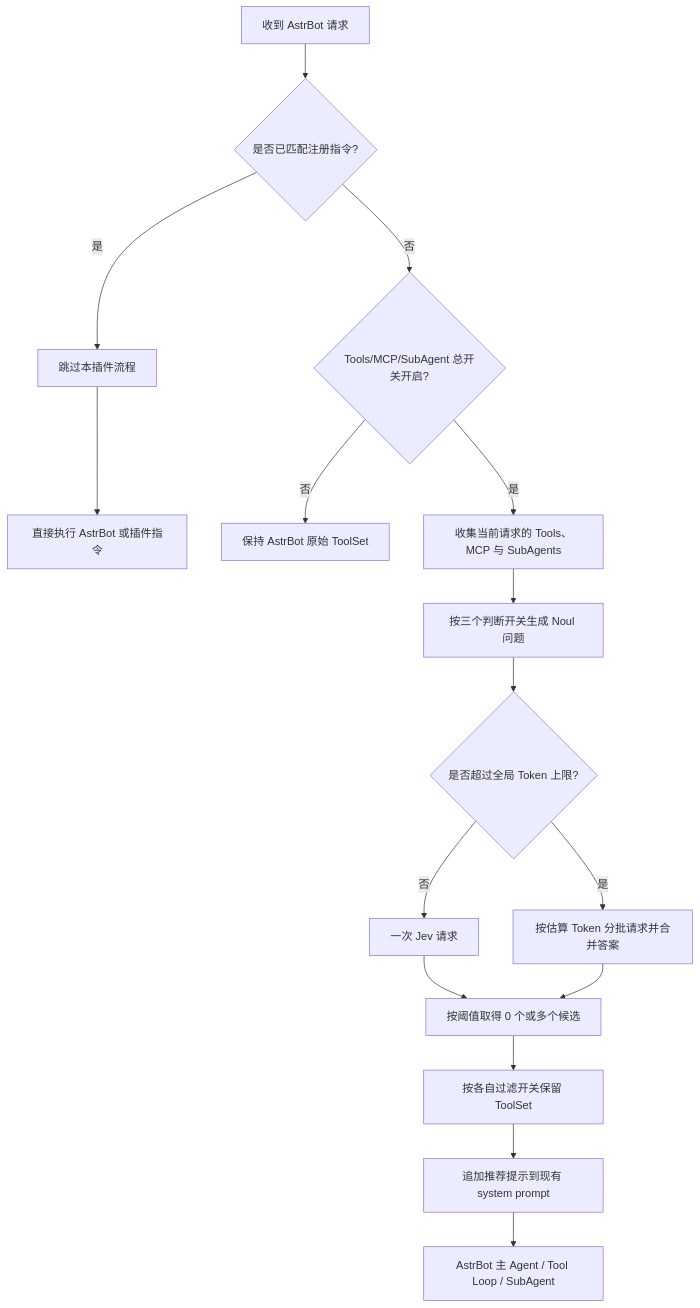
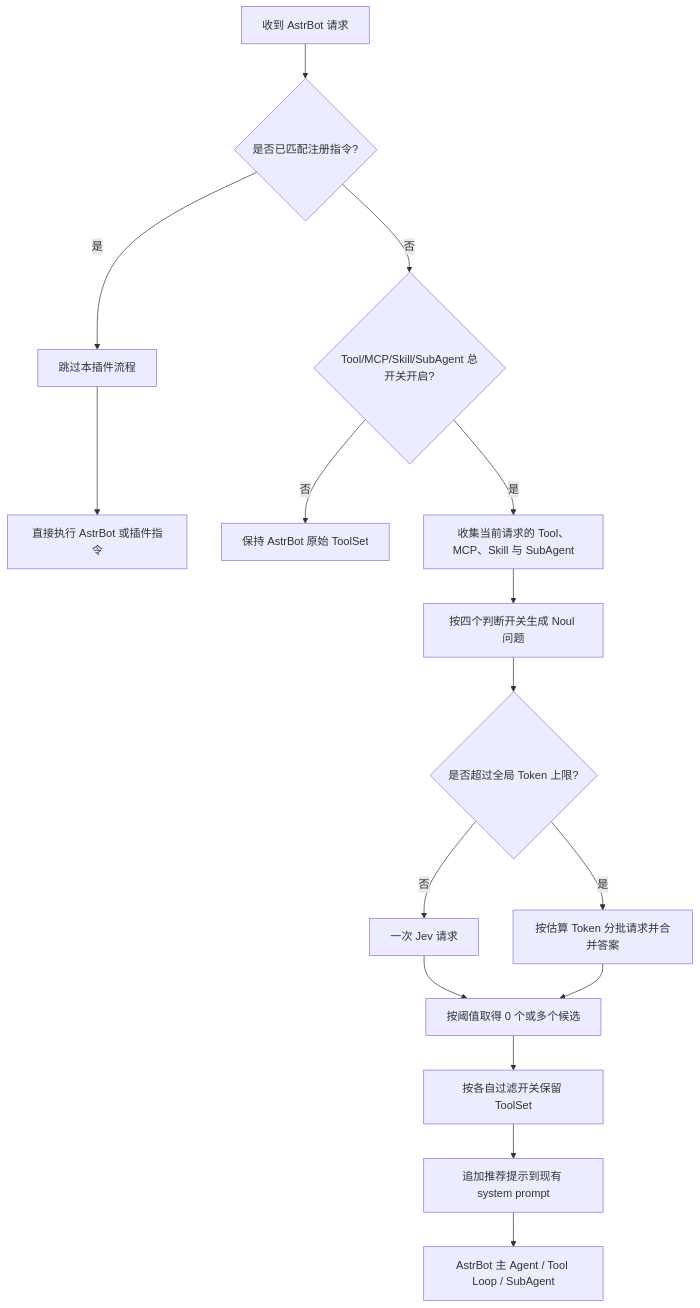
Before and after one commit to yiyinfaith/astrbot_plugin_decision: the first of 3 diagrams in README.md, drawn with Mermaid. The commit also changed other lines of this file and 9 other files, not shown here.

````diff
--- a/README.md
+++ b/README.md
@@ -39,18 +40,18 @@
 ```mermaid
 flowchart TD
     A[收到 AstrBot 请求] --> B{是否已匹配注册指令?}
     B -- 是 --> C[跳过本插件流程]
     C --> D[直接执行 AstrBot 或插件指令]
-    B -- 否 --> E{Tools/MCP/SubAgent 总开关开启?}
+    B -- 否 --> E{Tool/MCP/Skill/SubAgent 总开关开启?}
     E -- 否 --> F[保持 AstrBot 原始 ToolSet]
-    E -- 是 --> G[收集当前请求的 Tools、MCP 与 SubAgents]
-    G --> H[按三个判断开关生成 Noul 问题]
+    E -- 是 --> G[收集当前请求的 Tool、MCP、Skill 与 SubAgent]
+    G --> H[按四个判断开关生成 Noul 问题]
     H --> I{是否超过全局 Token 上限?}
     I -- 否 --> J[一次 Jev 请求]
     I -- 是 --> K[按估算 Token 分批请求并合并答案]
     J --> L[按阈值取得 0 个或多个候选]
     K --> L
     L --> M[按各自过滤开关保留 ToolSet]
     M --> N[追加推荐提示到现有 system prompt]
     N --> O[AstrBot 主 Agent / Tool Loop / SubAgent]
 ```
````
